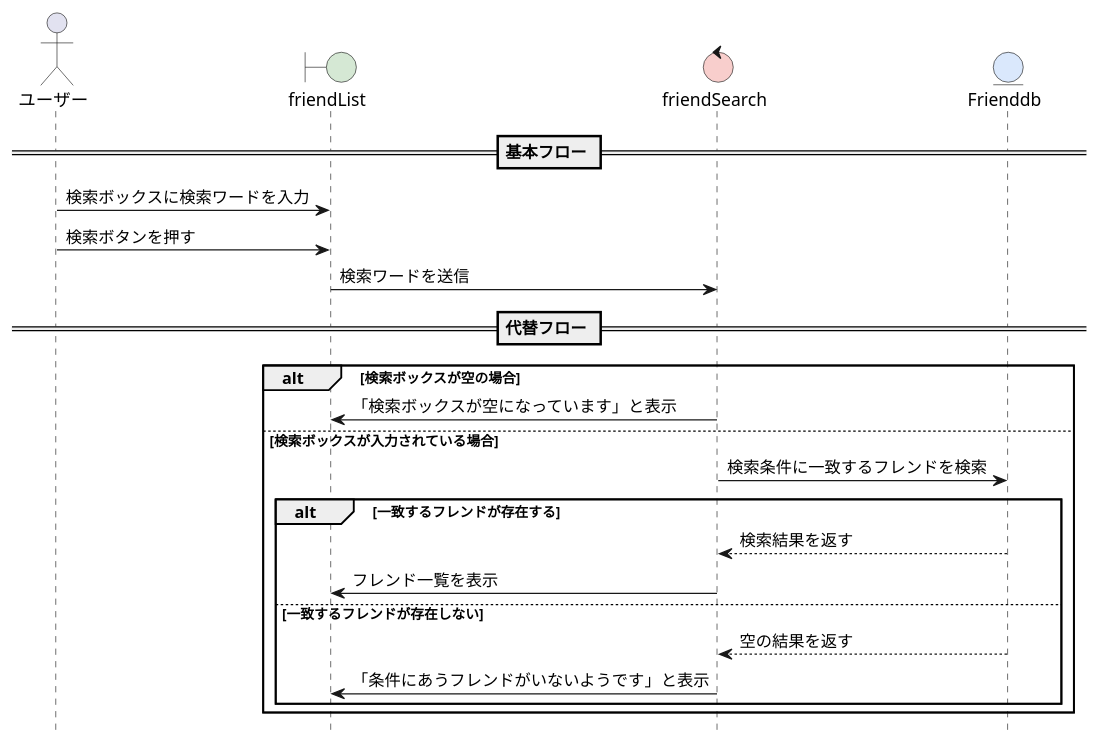
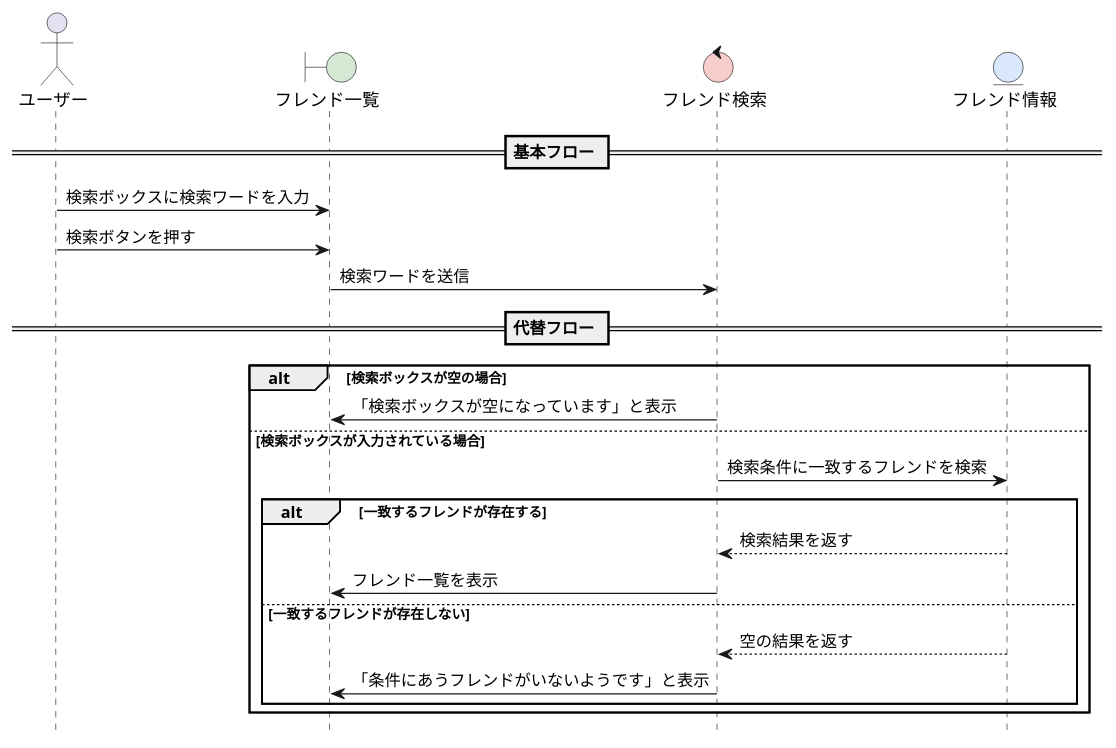
Before and after one commit to sugimoto0804/o-hara_uml: the diagram in group/graduation_work/sequence01_friend_search.pu, drawn with PlantUML. The commit also changed 1 other file, not shown here.

```diff
--- a/group/graduation_work/sequence01_friend_search.pu
+++ b/group/graduation_work/sequence01_friend_search.pu
@@ -1,33 +1,33 @@
 @startuml フレンド検索シーケンス図
 hide footbox
 skinparam boundaryBackgroundColor #D5E8D4
 skinparam controlBackgroundColor  #F8CECC
 skinparam entityBackgroundColor   #DAE8FC
 
 actor ユーザー
-boundary "friendList" as fl
-control "friendSearch" as fs
-entity "Frienddb" as db
+boundary "フレンド一覧" as fl
+control "フレンド検索" as fs
+entity "フレンド情報" as db
 
 == 基本フロー ==
 
 ユーザー -> fl: 検索ボックスに検索ワードを入力
 ユーザー -> fl: 検索ボタンを押す
 fl -> fs: 検索ワードを送信
 
 == 代替フロー ==
 
 alt 検索ボックスが空の場合
     fs -> fl: 「検索ボックスが空になっています」と表示
 else 検索ボックスが入力されている場合
     fs -> db: 検索条件に一致するフレンドを検索
     alt 一致するフレンドが存在する
         db --> fs: 検索結果を返す
         fs -> fl: フレンド一覧を表示
     else 一致するフレンドが存在しない
         db --> fs: 空の結果を返す
         fs -> fl: 「条件にあうフレンドがいないようです」と表示
     end
 end
 
 @enduml
```
